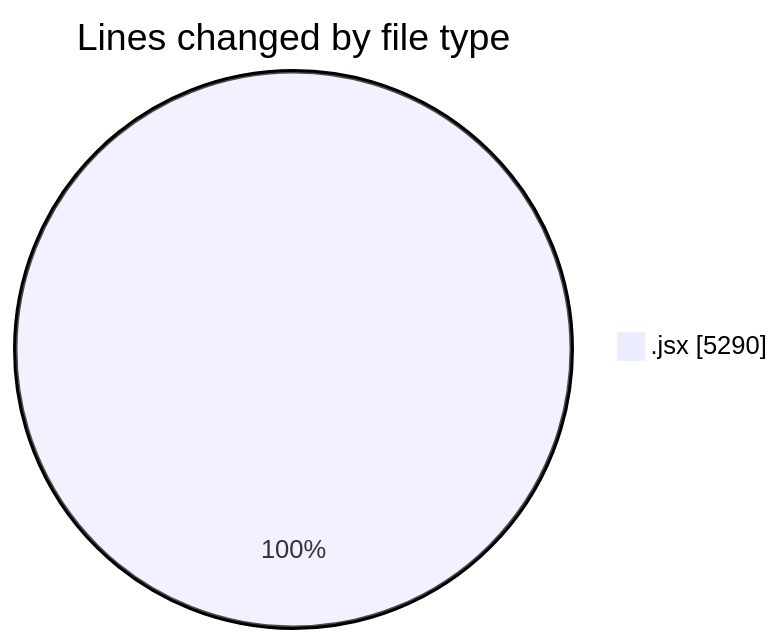
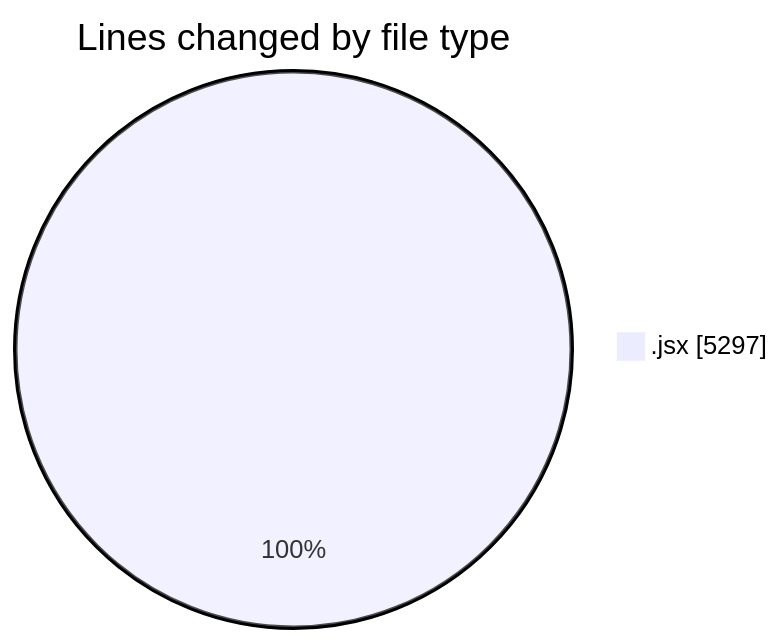
Before and after one commit to nxtqubesakshisongat/code-tracking: the first of 2 diagrams in 2025-07-08/argos/README.md, drawn with Mermaid. The commit also changed other lines of this file and 1 other file, not shown here.

````diff
--- a/2025-07-08/argos/README.md
+++ b/2025-07-08/argos/README.md
@@ -26,5 +26,5 @@
 ```mermaid
 pie showData
 title Lines changed by file type
-".jsx" : 5290
+".jsx" : 5297
 ```
````
